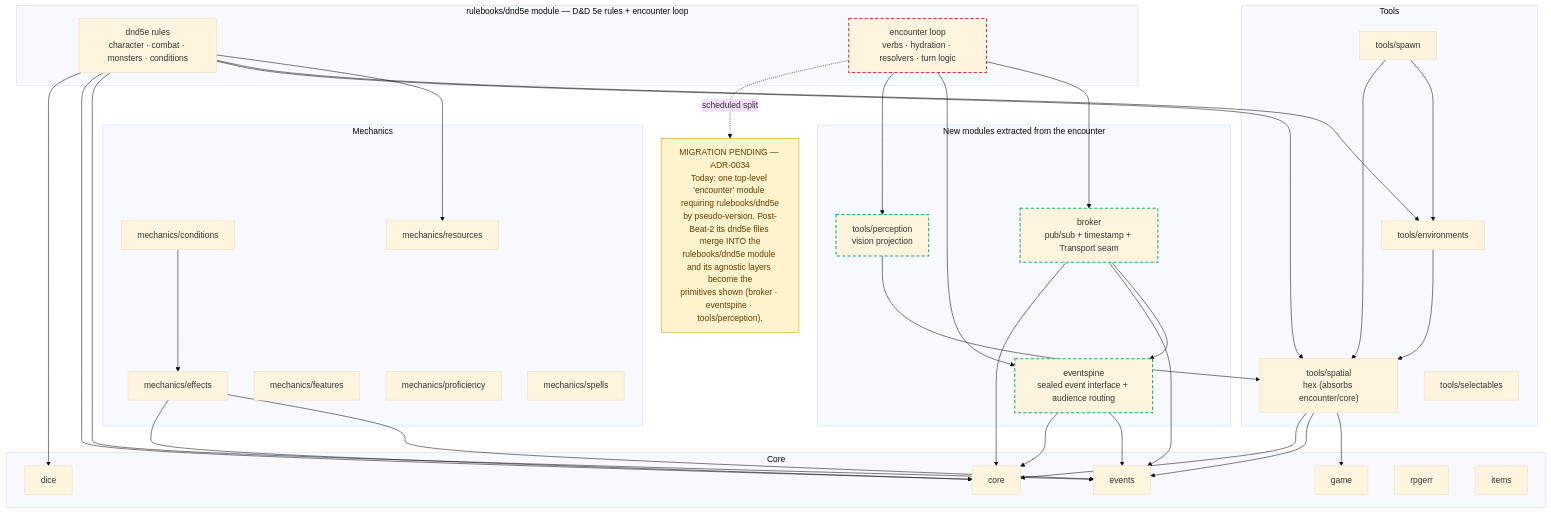
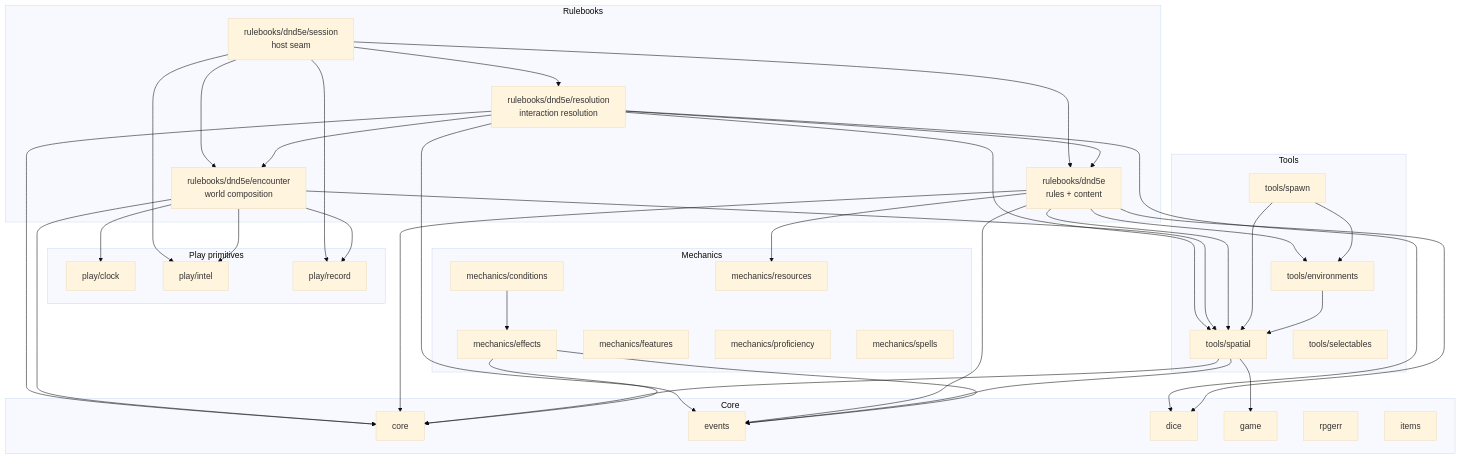
One commit to KirkDiggler/rpg-toolkit changed the first of 2 diagrams in docs/architecture/overview.md. Above: the diagram before and after it, drawn with Mermaid (base theme). The commit also changed other lines of this file and 4 other files, not shown here.

````diff
--- a/docs/architecture/overview.md
+++ b/docs/architecture/overview.md
@@ -33,54 +33,46 @@
 ```mermaid
 flowchart TD
-  subgraph RB["rulebooks/dnd5e module — D&D 5e rules + encounter loop"]
-    DND["dnd5e rules<br/>character · combat · monsters · conditions"]
-    ENC["encounter loop<br/>verbs · hydration · resolvers · turn logic"]
+  subgraph RB["Rulebooks"]
+    DND["rulebooks/dnd5e<br/>rules + content"]
+    ENC["rulebooks/dnd5e/encounter<br/>world composition"]
+    RESMOD["rulebooks/dnd5e/resolution<br/>interaction resolution"]
+    SESS["rulebooks/dnd5e/session<br/>host seam"]
   end
-  subgraph PRIM["New modules extracted from the encounter"]
-    BROKER["broker<br/>pub/sub + timestamp + Transport seam"]
-    SPINE["eventspine<br/>sealed event interface + audience routing"]
-    PERC["tools/perception<br/>vision projection"]
+  subgraph PLAY["Play primitives"]
+    CLOCK["play/clock"]
+    INTEL["play/intel"]
+    RECORD["play/record"]
   end
   subgraph TOOLS["Tools"]
-    SPATIAL["tools/spatial<br/>hex (absorbs encounter/core)"]
+    SPATIAL["tools/spatial"]
     ENV["tools/environments"]
     SEL["tools/selectables"]
     SPAWN["tools/spawn"]
   end
   subgraph MECH["Mechanics"]
     EFFECTS["mechanics/effects"]
     COND["mechanics/conditions"]
     RES["mechanics/resources"]
     FEAT["mechanics/features"]
     PROF["mechanics/proficiency"]
     SPELLS["mechanics/spells"]
   end
   subgraph CORELYR["Core"]
     C["core"]
     EV["events"]
     DICE["dice"]
     GAME["game"]
     ERR["rpgerr"]
     ITEMS["items"]
   end
 
-  ENC --> BROKER & SPINE & PERC
+  SESS --> ENC & RESMOD & DND & INTEL & RECORD
+  RESMOD --> ENC & DND & SPATIAL & EV & C & DICE
+  ENC --> SPATIAL & CLOCK & INTEL & RECORD & C
   DND --> RES & ENV & SPATIAL & EV & C & DICE
-  BROKER --> SPINE & EV & C
-  SPINE --> EV & C
-  PERC --> SPATIAL
   SPAWN --> ENV & SPATIAL
   ENV --> SPATIAL
   SPATIAL --> GAME & EV & C
   COND --> EFFECTS
   EFFECTS --> EV & C
-
-  MIG["MIGRATION PENDING — ADR-0034<br/>Today: one top-level 'encounter' module requiring rulebooks/dnd5e<br/>by pseudo-version. Post-Beat-2 its dnd5e files merge INTO the<br/>rulebooks/dnd5e module and its agnostic layers become the<br/>primitives shown (broker · eventspine · tools/perception)."]
-  ENC -.->|"scheduled split"| MIG
-
-  style ENC stroke:#d33,stroke-width:2px,stroke-dasharray:6 4
-  style BROKER stroke:#2a7,stroke-width:2px,stroke-dasharray:6 4
-  style SPINE stroke:#2a7,stroke-width:2px,stroke-dasharray:6 4
-  style PERC stroke:#2a7,stroke-width:2px,stroke-dasharray:6 4
-  style MIG fill:#fff3cd,stroke:#d39e00,color:#663c00
 ```
````
